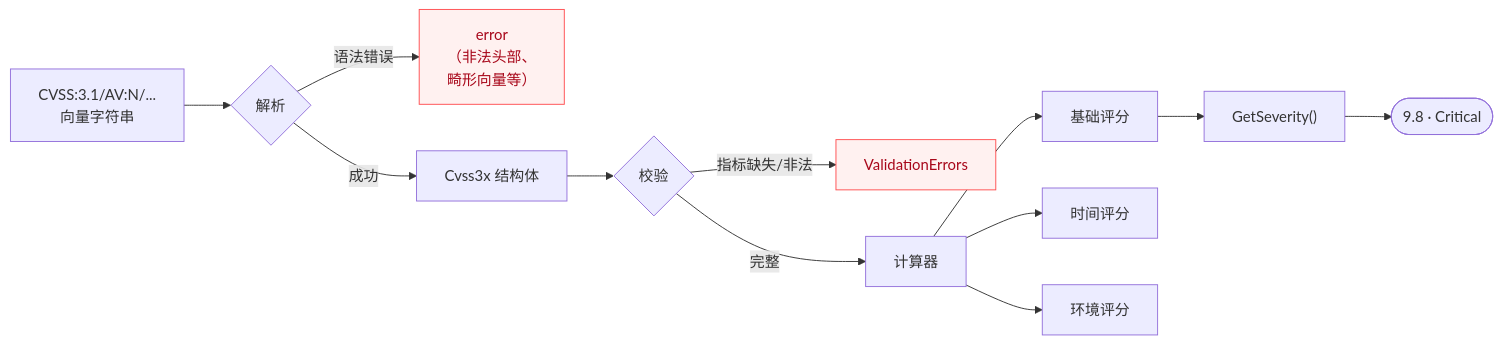
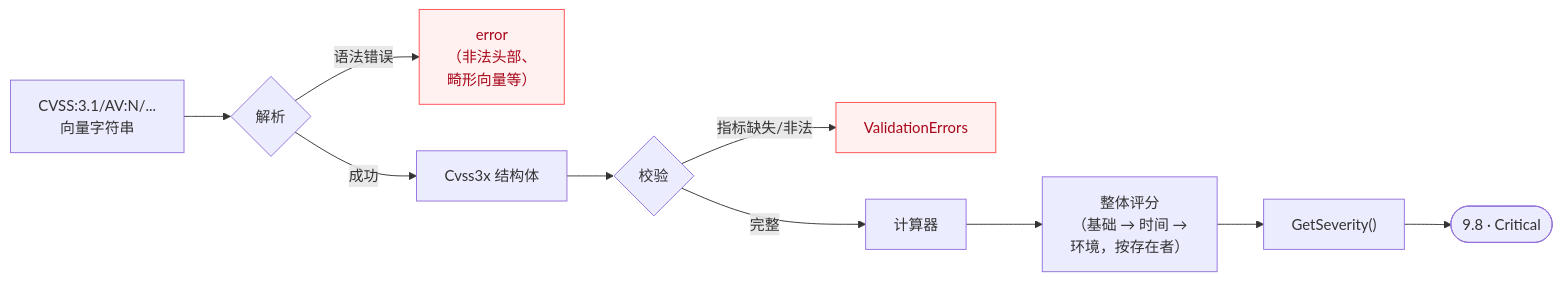
One commit to scagogogo/cvss-skills changed the second of 4 diagrams in website/zh/index.md. Above: the diagram before and after it, drawn with Mermaid. The commit also changed 3 other files, not shown here.

First line of the commit message:
docs: clarify scoring pipeline — GetSeverity runs on the overall score

````diff
--- a/website/zh/index.md
+++ b/website/zh/index.md
@@ -94,17 +94,15 @@
 ```mermaid
 flowchart LR
     A["CVSS:3.1/AV:N/...<br/>向量字符串"] --> B{解析}
     B -->|语法错误| E1["error<br/>（非法头部、<br/>畸形向量等）"]
     B -->|成功| C["Cvss3x 结构体"]
     C --> D{校验}
     D -->|指标缺失/非法| E2["ValidationErrors"]
     D -->|完整| F["计算器"]
-    F --> G["基础评分"]
-    F --> H["时间评分"]
-    F --> I["环境评分"]
-    G --> J["GetSeverity()"]
+    F --> O["整体评分<br/>（基础 → 时间 →<br/>环境，按存在者）"]
+    O --> J["GetSeverity()"]
     J --> K(["9.8 · Critical"])
 
     classDef err fill:#fff1f0,stroke:#ff4d4f,color:#a8071a;
     class E1,E2 err;
 ```
````
